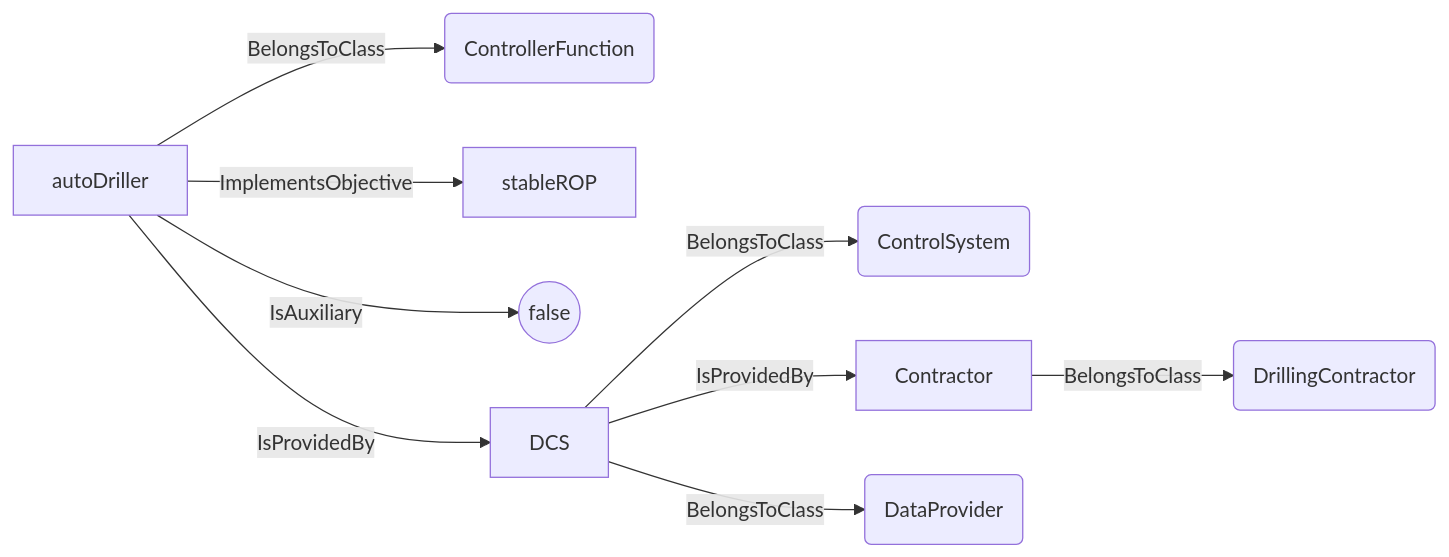
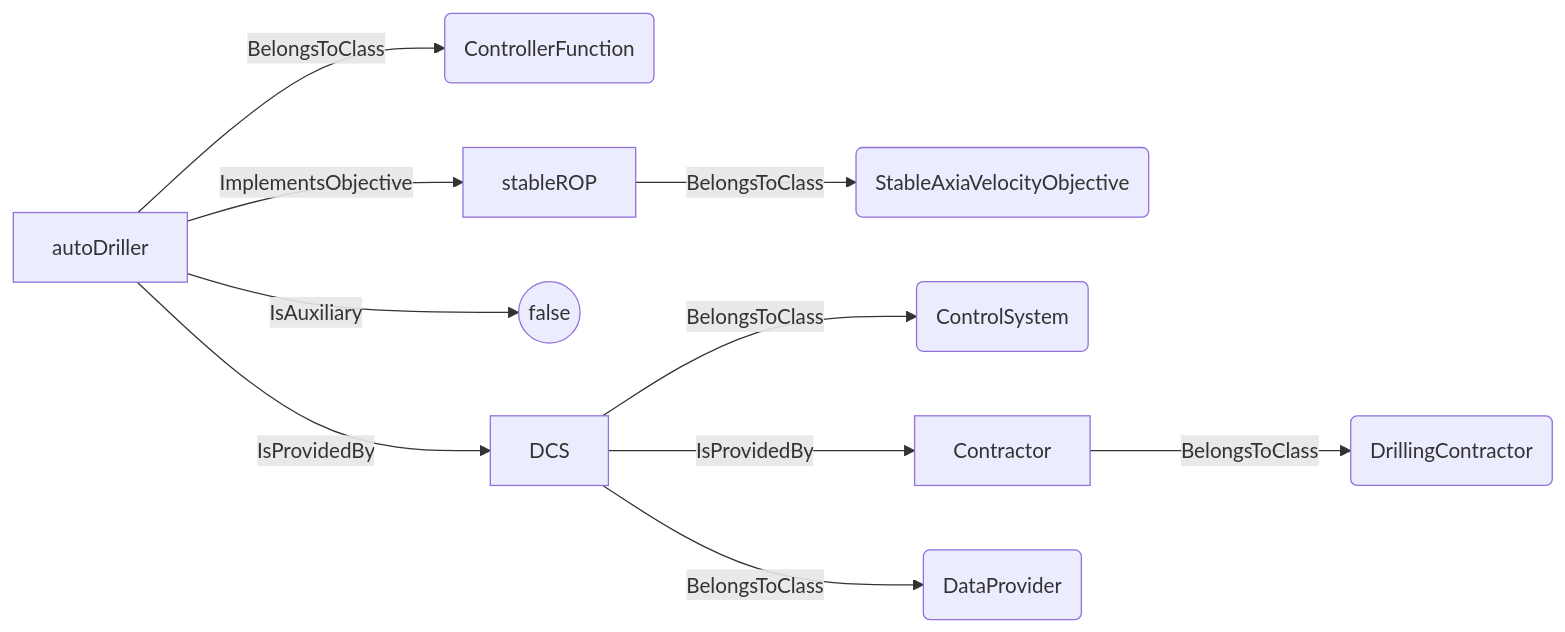
One commit to D-WIS/DDHub-Semantic-Interoperability changed the fourth of 20 diagrams in docs/vocabulary_development/auto-generated/md/definition-files/ADCS.md. Above: the diagram before and after it, drawn with Mermaid. The commit also changed other lines of this file and 14 other files, not shown here.

````diff
--- a/docs/vocabulary_development/auto-generated/md/definition-files/ADCS.md
+++ b/docs/vocabulary_development/auto-generated/md/definition-files/ADCS.md
@@ -138,11 +139,12 @@
 ```mermaid
 graph LR
 	N0000[autoDriller] -->|BelongsToClass| N0001(ControllerFunction) 
+	N0002[stableROP] -->|BelongsToClass| N0003(StableAxiaVelocityObjective) 
 	N0000[autoDriller] -->|ImplementsObjective| N0002[stableROP] 
-	N0000[autoDriller] -->|IsAuxiliary| N0003((false)) 
-	N0004[DCS] -->|BelongsToClass| N0005(ControlSystem) 
-	N0006[Contractor] -->|BelongsToClass| N0007(DrillingContractor) 
-	N0004[DCS] -->|IsProvidedBy| N0006[Contractor] 
-	N0004[DCS] -->|BelongsToClass| N0008(DataProvider) 
-	N0000[autoDriller] -->|IsProvidedBy| N0004[DCS] 
+	N0000[autoDriller] -->|IsAuxiliary| N0004(("false")) 
+	N0005[DCS] -->|BelongsToClass| N0006(ControlSystem) 
+	N0007[Contractor] -->|BelongsToClass| N0008(DrillingContractor) 
+	N0005[DCS] -->|IsProvidedBy| N0007[Contractor] 
+	N0005[DCS] -->|BelongsToClass| N0009(DataProvider) 
+	N0000[autoDriller] -->|IsProvidedBy| N0005[DCS] 
 ```
````
